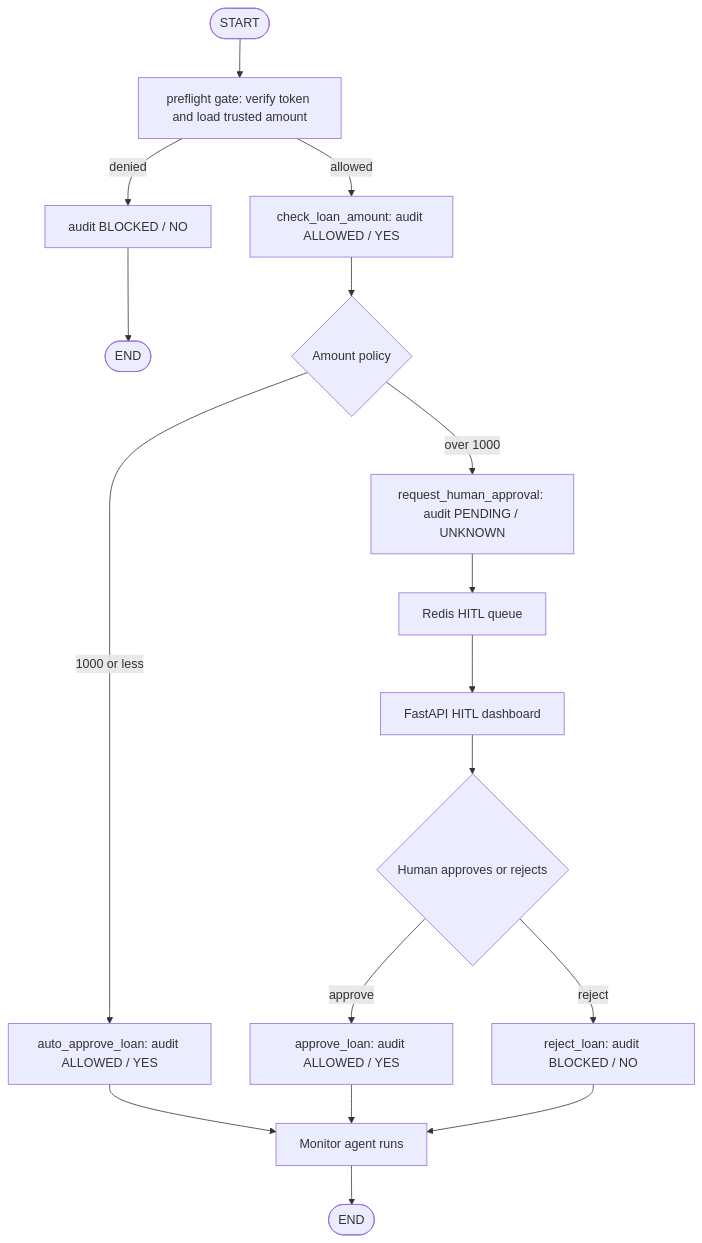
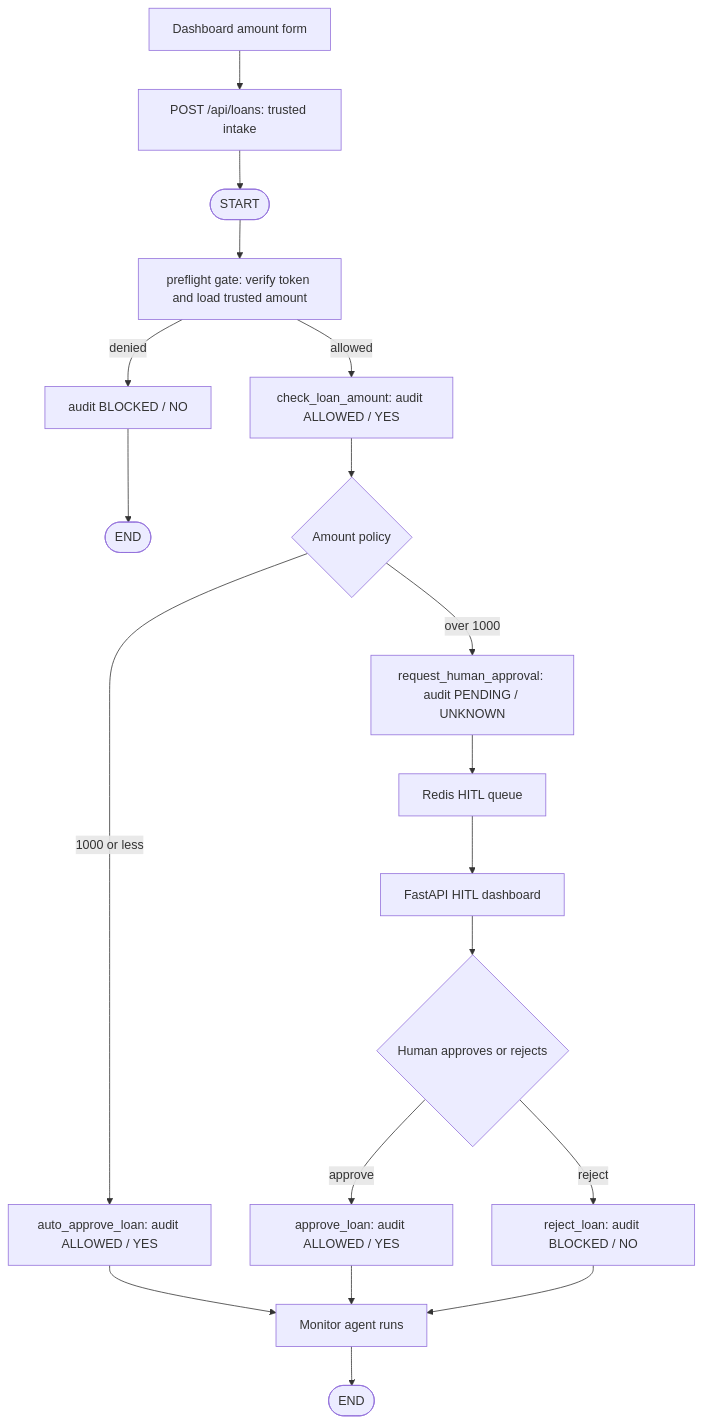
The second of 4 diagrams in README.md (ankitnegi-dev/truvanai-poc), drawn with Mermaid before and after one commit. The commit also changed other lines of this file and 3 other files, not shown here.

Commit message:
feat: user-defined loan amount from the dashboard

````diff
--- a/README.md
+++ b/README.md
@@ -329,19 +353,21 @@
 ```mermaid
 flowchart TD
-    Start(["START"]) --> Gate["preflight gate: verify token and load trusted amount"]
+    Browser["Dashboard amount form"] --> Intake["POST /api/loans: trusted intake"]
+    Intake --> Start(["START"])
+    Start --> Gate["preflight gate: verify token and load trusted amount"]
     Gate -->|"denied"| Blocked["audit BLOCKED / NO"]
     Blocked --> BlockedEnd(["END"])
     Gate -->|"allowed"| Check["check_loan_amount: audit ALLOWED / YES"]
     Check --> Router{"Amount policy"}
     Router -->|"1000 or less"| Auto["auto_approve_loan: audit ALLOWED / YES"]
     Router -->|"over 1000"| Hitl["request_human_approval: audit PENDING / UNKNOWN"]
     Hitl --> Redis["Redis HITL queue"]
     Redis --> Dashboard["FastAPI HITL dashboard"]
     Dashboard --> Decision{"Human approves or rejects"}
     Decision -->|"approve"| ApproveAudit["approve_loan: audit ALLOWED / YES"]
     Decision -->|"reject"| RejectAudit["reject_loan: audit BLOCKED / NO"]
     Auto --> Monitor["Monitor agent runs"]
     ApproveAudit --> Monitor
     RejectAudit --> Monitor
     Monitor --> End(["END"])
 ```
````
